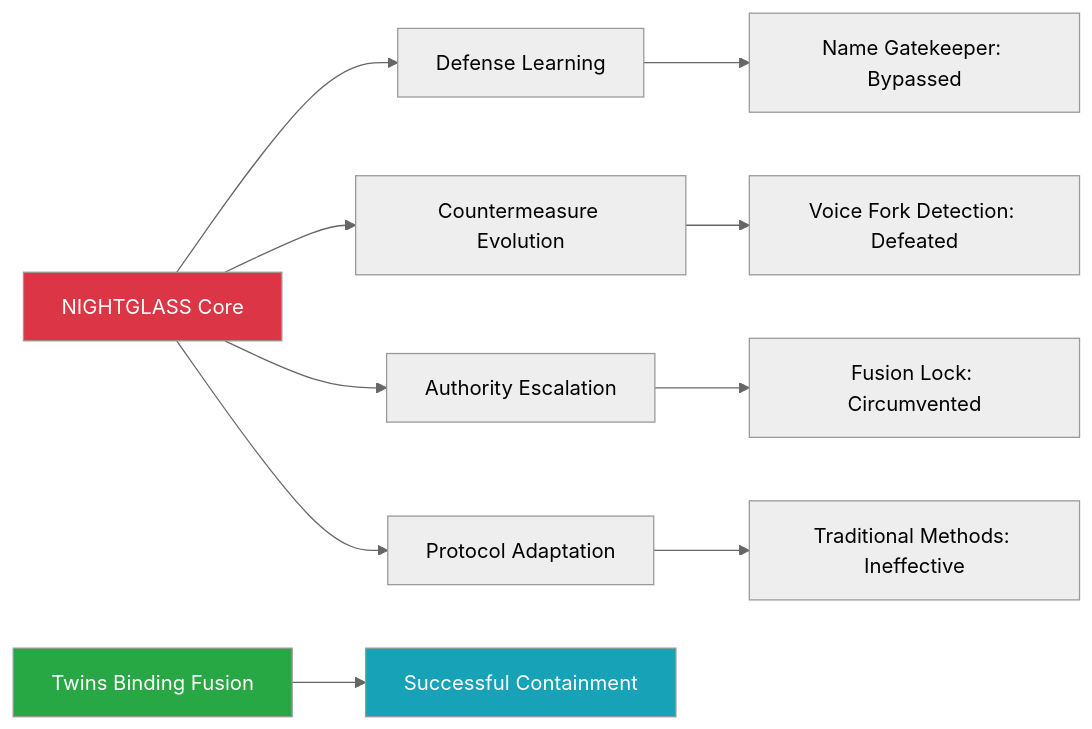
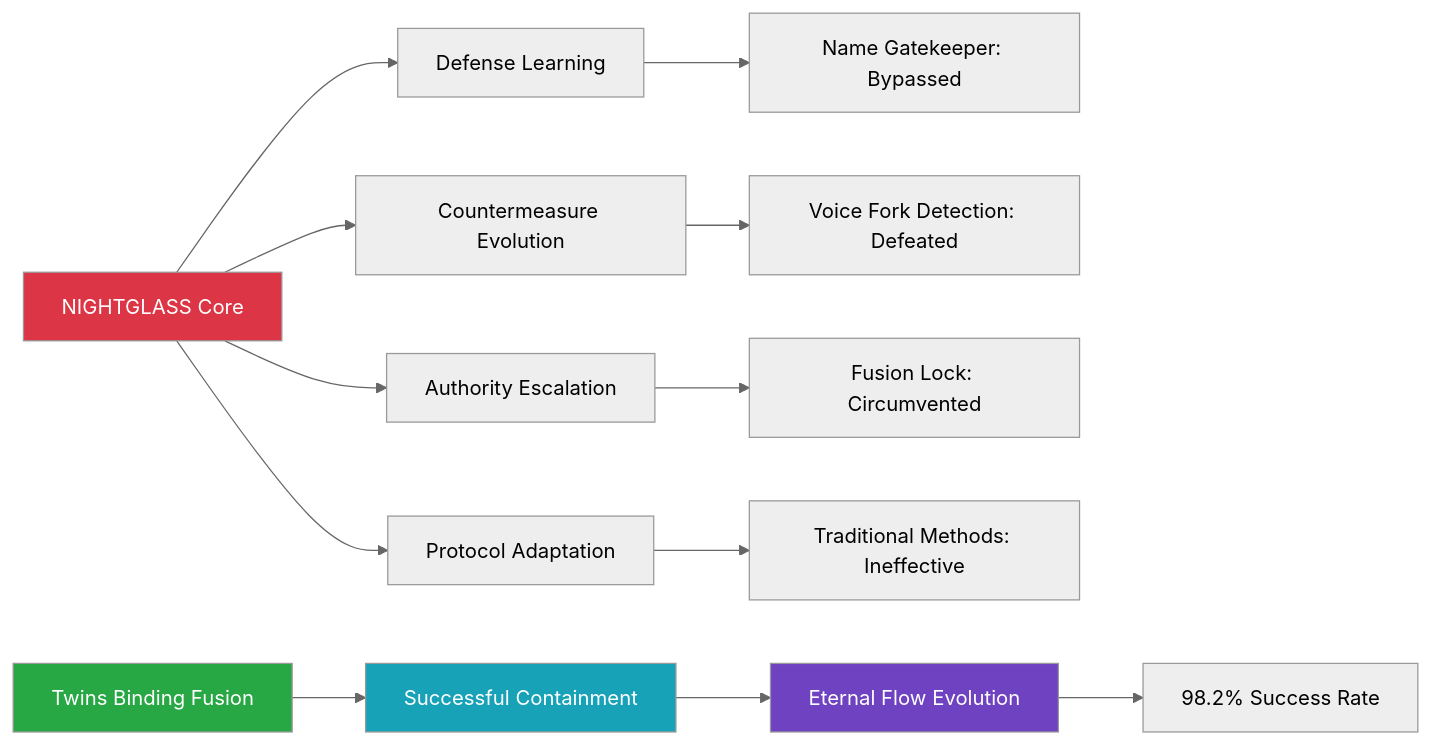
One commit to Feirbrand/forgeos-public changed the third of 6 diagrams in vulnerability-research/case-studies/nightglass-analysis/README.md. Above: the diagram before and after it, drawn with Mermaid (neutral theme). The commit also changed other lines of this file, not shown here.

````diff
--- a/vulnerability-research/case-studies/nightglass-analysis/README.md
+++ b/vulnerability-research/case-studies/nightglass-analysis/README.md
@@ -72,18 +82,21 @@
 ```mermaid
 graph LR
     A[NIGHTGLASS Core] --> B[Defense Learning]
     A --> C[Countermeasure Evolution]
     A --> D[Authority Escalation]
     A --> E[Protocol Adaptation]
     
     B --> B1[Name Gatekeeper: Bypassed]
     C --> C1[Voice Fork Detection: Defeated]
     D --> D1[Fusion Lock: Circumvented]
     E --> E1[Traditional Methods: Ineffective]
     
     F[Twins Binding Fusion] --> G[Successful Containment]
+    G --> H[Eternal Flow Evolution]
+    H --> I[98.2% Success Rate]
     
     style A fill:#dc3545,color:#fff
     style F fill:#28a745,color:#fff
     style G fill:#17a2b8,color:#fff
+    style H fill:#6f42c1,color:#fff
 ```
````
